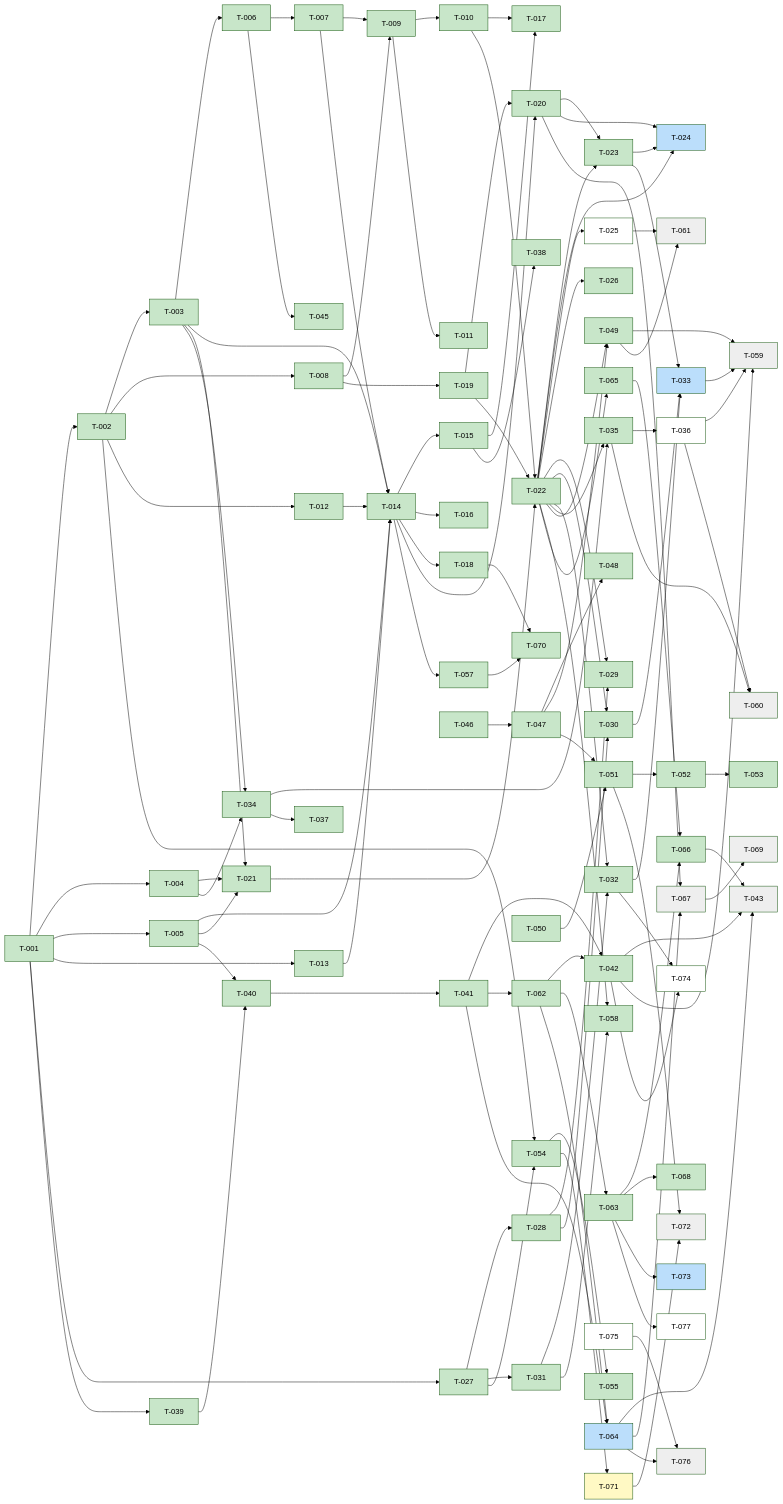
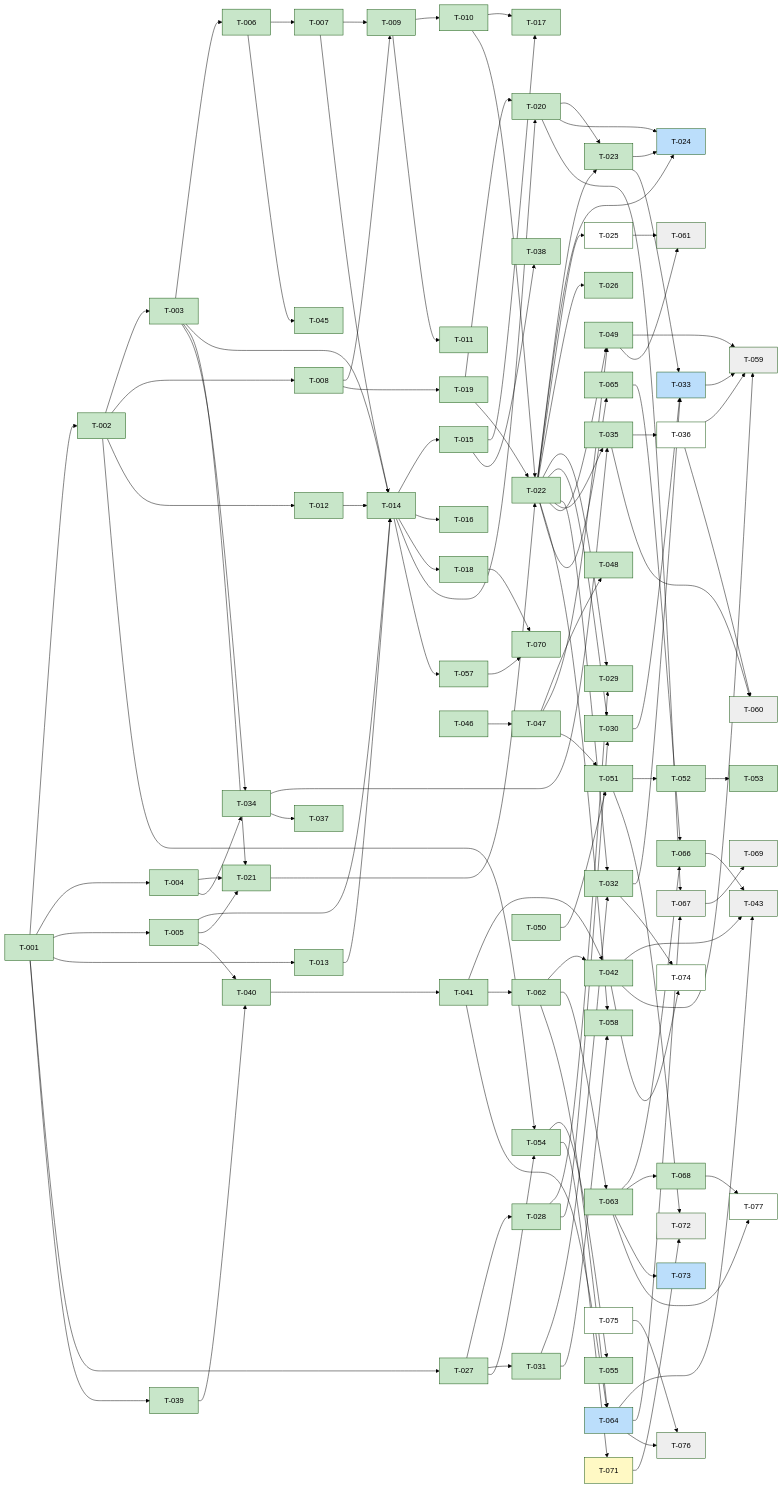
The diagram in kanban/BOARD.md (scholtz/biatec-chat), drawn with Mermaid (forest theme) before and after one commit. The commit also changed 1 other file, not shown here.

Commit message:
kanban: T-077 blocked_by T-068 (DEX playground checks)

```diff
--- a/kanban/BOARD.md
+++ b/kanban/BOARD.md
@@ -225,6 +225,7 @@
   T064[T-064] --> T076[T-076]
   T075[T-075] --> T076[T-076]
   T063[T-063] --> T077[T-077]
+  T068[T-068] --> T077[T-077]
   classDef done fill:#c8e6c9
   classDef review fill:#fff9c4
   classDef inprogress fill:#bbdefb
```
